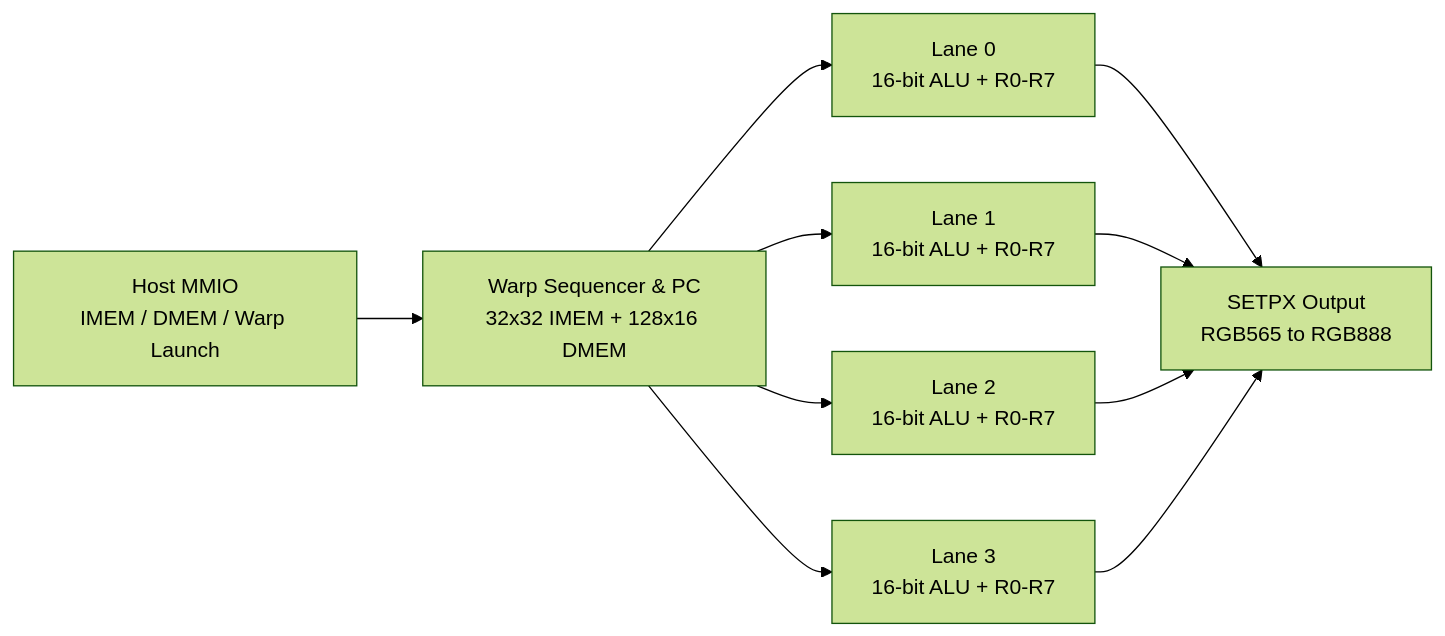
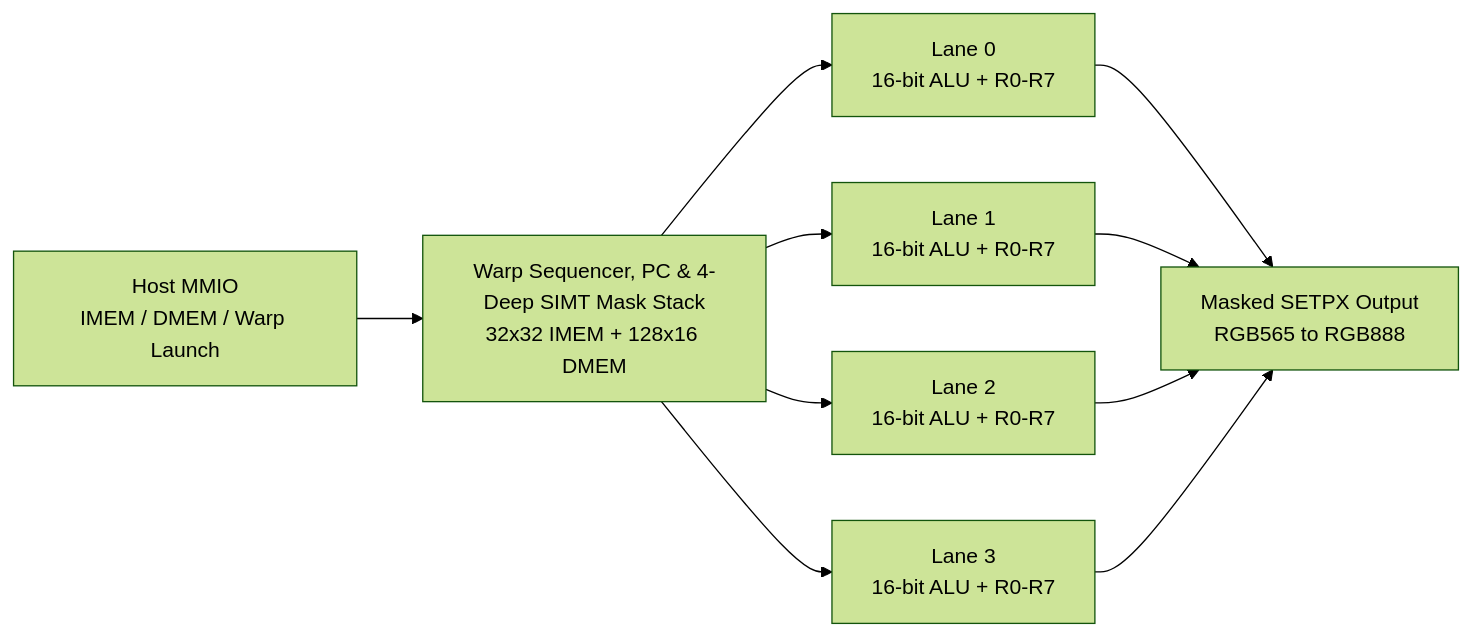
The diagram in README.md (nk-verif-labs/nk-simt-gpu), drawn with Mermaid (forest theme) before and after one commit. The commit also changed other lines of this file and 1 other file, not shown here.

Commit message:
Release v1.2.0: SIMT branching & divergence hardened to ASAP7 7nm (684.7 MHz Fmax, WNS 0.00 ps)

````diff
--- a/README.md
+++ b/README.md
@@ -13,9 +13,9 @@
 ```mermaid
 flowchart LR
-    HOST["Host MMIO<br/>IMEM / DMEM / Warp Launch"] --> CTRL["Warp Sequencer &amp; PC<br/>32x32 IMEM + 128x16 DMEM"]
+    HOST["Host MMIO<br/>IMEM / DMEM / Warp Launch"] --> CTRL["Warp Sequencer, PC &amp; 4-Deep SIMT Mask Stack<br/>32x32 IMEM + 128x16 DMEM"]
     CTRL --> L0["Lane 0<br/>16-bit ALU + R0-R7"]
     CTRL --> L1["Lane 1<br/>16-bit ALU + R0-R7"]
     CTRL --> L2["Lane 2<br/>16-bit ALU + R0-R7"]
     CTRL --> L3["Lane 3<br/>16-bit ALU + R0-R7"]
-    L0 & L1 & L2 & L3 --> PX["SETPX Output<br/>RGB565 to RGB888"]
+    L0 & L1 & L2 & L3 --> PX["Masked SETPX Output<br/>RGB565 to RGB888"]
 ```
````
